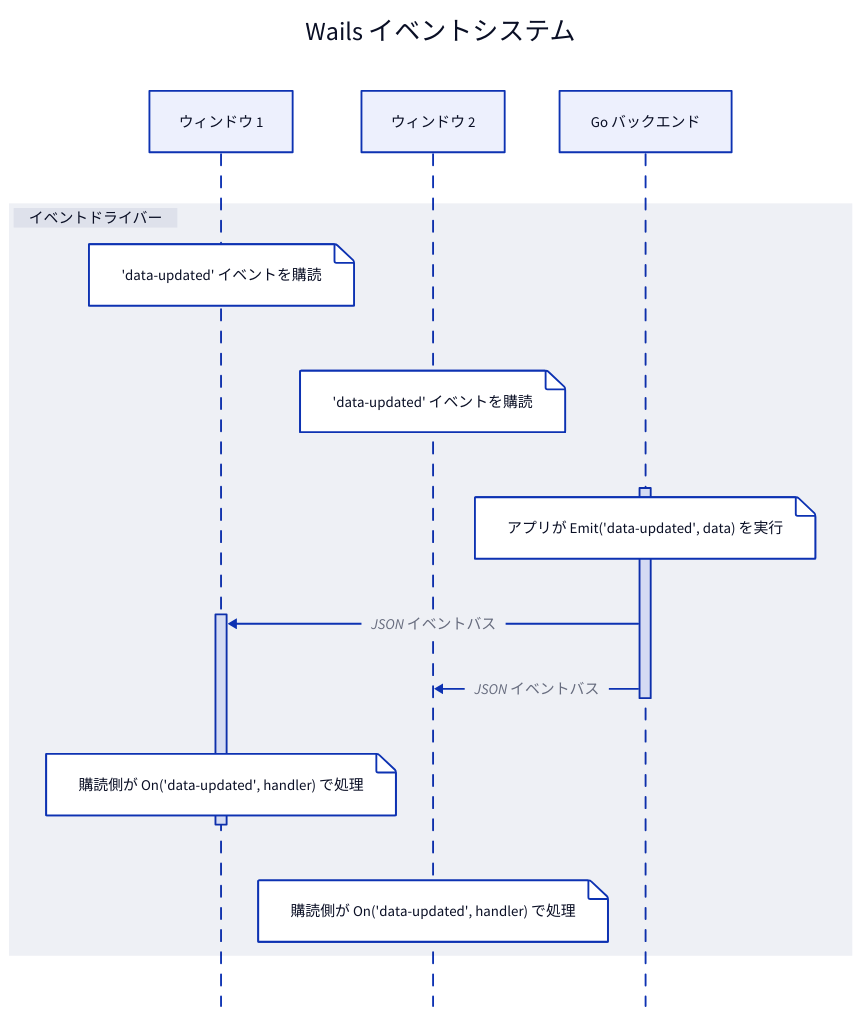
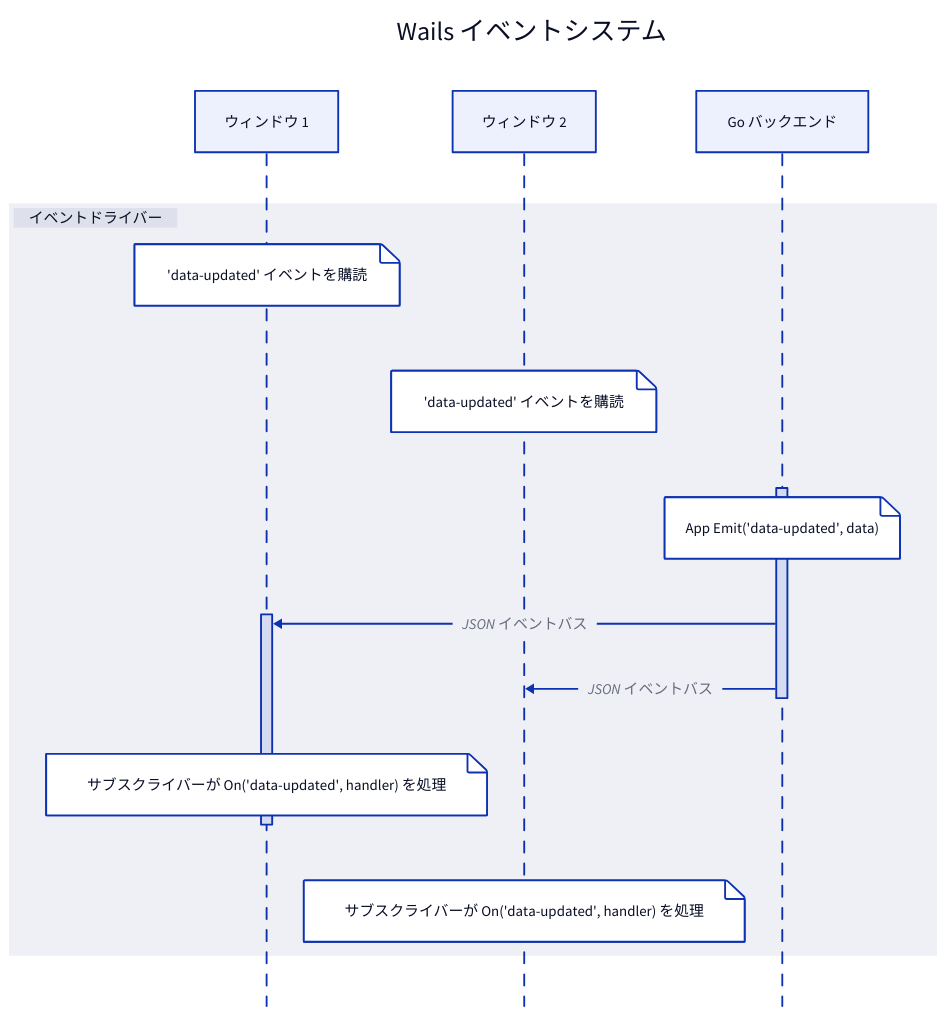
The third of 8 diagrams in docs/mpress/content/ja/concepts/architecture.md (wailsapp/wails), drawn with D2 before and after one commit. The commit also changed other lines of this file and 1096 other files, not shown here.

````diff
--- a/docs/mpress/content/ja/concepts/architecture.md
+++ b/docs/mpress/content/ja/concepts/architecture.md
@@ -204,24 +204,24 @@
 ```d2
 direction: left
 
 Wails Event System: Wails イベントシステム {
   shape: sequence_diagram
 
   window1: ウィンドウ 1
   window2: ウィンドウ 2
   backend: Go バックエンド
 
   Event Driver: イベントドライバー {
     shape: sequence_diagram
     window1."Subscribe to 'data-updated' events": "'data-updated' イベントを購読"
     window2."Subscribe to 'data-updated' events": "'data-updated' イベントを購読"
-    backend.a."App Emit('data-updated', data)": "アプリが Emit('data-updated', data) を実行"
+    backend.a."App Emit('data-updated', data)": "App Emit('data-updated', data)"
     backend.a -> window1.a: JSON イベントバス
     backend.a -> window2: JSON イベントバス
-    window1.a."Subscriber processes On('data-updated', handler)": "購読側が On('data-updated', handler) で処理"
-    window2."Subscriber processes On('data-updated', handler)": "購読側が On('data-updated', handler) で処理"
+    window1.a."Subscriber processes On('data-updated', handler)": "サブスクライバーが On('data-updated', handler) を処理"
+    window2."Subscriber processes On('data-updated', handler)": "サブスクライバーが On('data-updated', handler) を処理"
   }
   backend.a.label: a
   window1.a.label: a
 }
 ```
````
